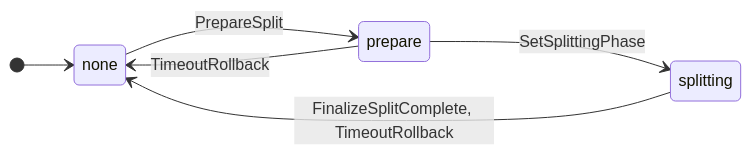
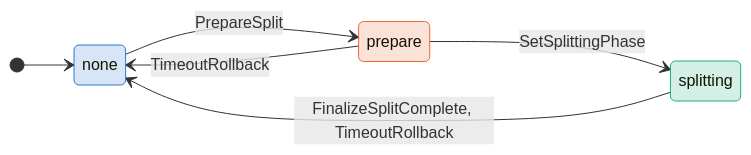
One commit to antflydb/antfly changed the first of 3 diagrams in zig/specs/tla/diagrams/metadata/AntflyShardSplit.md. Above: the diagram before and after it, drawn with Mermaid. The commit also changed other lines of this file and 27 other files, not shown here.

````diff
--- a/zig/specs/tla/diagrams/metadata/AntflyShardSplit.md
+++ b/zig/specs/tla/diagrams/metadata/AntflyShardSplit.md
@@ -13,9 +13,15 @@
 ```mermaid
 stateDiagram-v2
     direction LR
     [*] --> none
     none --> prepare : PrepareSplit
     prepare --> splitting : SetSplittingPhase
     splitting --> none : FinalizeSplitComplete, TimeoutRollback
     prepare --> none : TimeoutRollback
+    classDef c_none fill:#2a78d630,stroke:#2a78d6
+    class none c_none
+    classDef c_prepare fill:#eb683430,stroke:#eb6834
+    class prepare c_prepare
+    classDef c_splitting fill:#1baf7a30,stroke:#1baf7a
+    class splitting c_splitting
 ```
````
